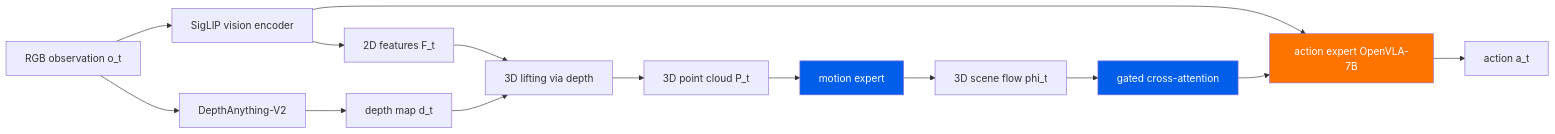
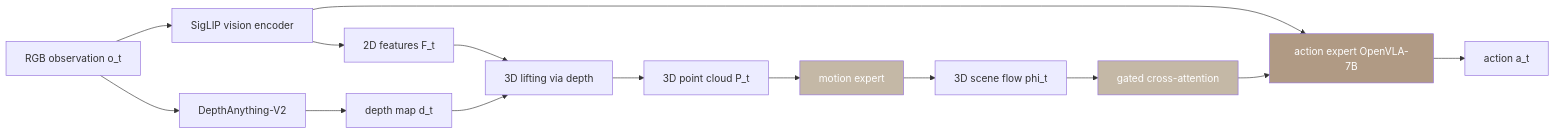
One commit to bopi-bot/bopi-research changed the diagram in _digests/2603.25399.md. Above: the diagram before and after it, drawn with Mermaid. The commit also changed 6 other files, not shown here.

Commit message:
mermaid diagrams: earthy brown/gray palette instead of bright blue/orange

````diff
--- a/_digests/2603.25399.md
+++ b/_digests/2603.25399.md
@@ -27,20 +27,20 @@
 ```mermaid
 flowchart LR
     img[RGB observation o_t] --> VE[SigLIP vision encoder]
     img --> DE[DepthAnything-V2]
     DE --> depth[depth map d_t]
     VE --> feat[2D features F_t]
     feat --> lift[3D lifting via depth]
     depth --> lift
     lift --> pc[3D point cloud P_t]
     pc --> ME[motion expert]
     ME --> flow[3D scene flow phi_t]
     flow --> GCA[gated cross-attention]
     VE --> AE[action expert OpenVLA-7B]
     GCA --> AE
     AE --> act[action a_t]
     
-    style ME fill:#005EEA,color:#fff
-    style AE fill:#FF7400,color:#fff
-    style GCA fill:#005EEA,color:#fff
+    style ME fill:#c4b8a6,color:#fff
+    style AE fill:#b09a84,color:#fff
+    style GCA fill:#c4b8a6,color:#fff
 ```
````
